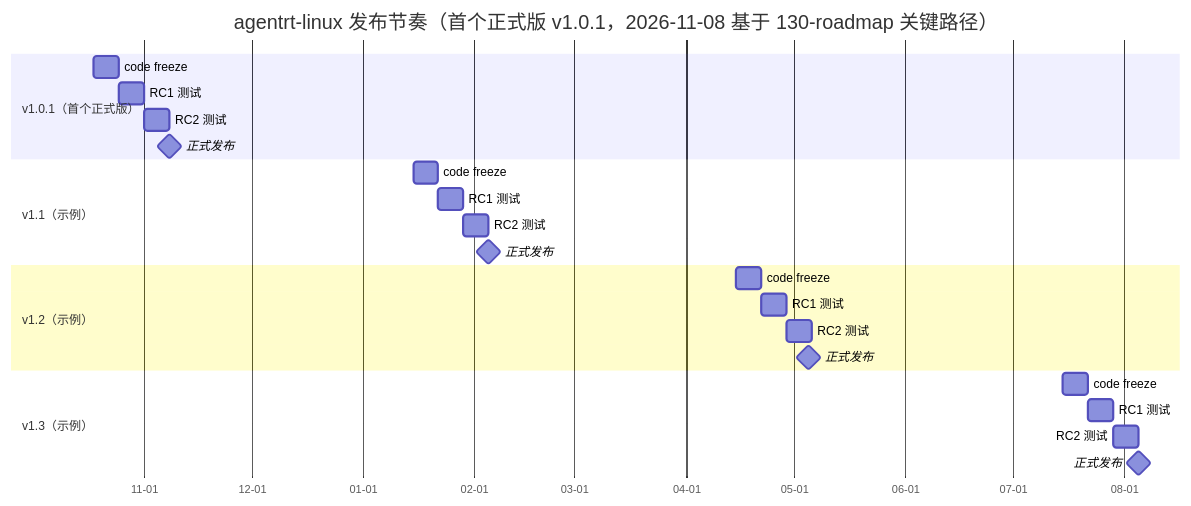
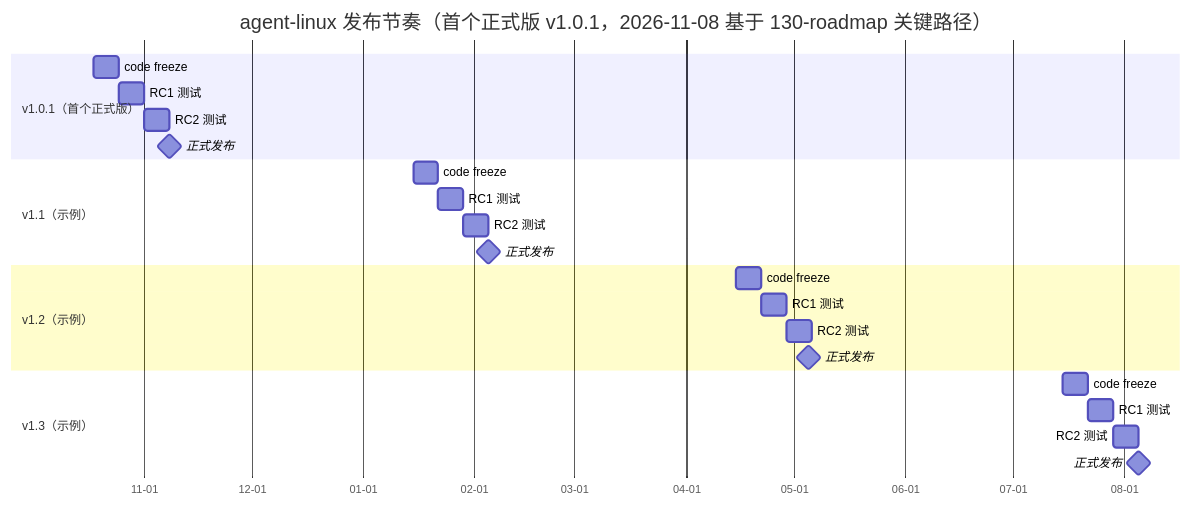
The first of 3 diagrams in 120-development-process/05-stable-releases.md (openairymax/docs-linux), drawn with Mermaid before and after one commit. The commit also changed other lines of this file and 172 other files, not shown here.

Commit message:
docs: rename agentrt-linux to agent-linux across docs v0.1.3 双工程结构：agentrt-linux 改名 agent-linux。docs 全仓 186 个 文件中的 agentrt-linux 引用统一为 agent-linux（AirymaxOS 工程名/ URL/路径引用；commit hash 与历史不变）。

````diff
--- a/120-development-process/05-stable-releases.md
+++ b/120-development-process/05-stable-releases.md
@@ -48,26 +48,26 @@
 ```mermaid
 gantt
-    title agentrt-linux 发布节奏（首个正式版 v1.0.1，2026-11-08 基于 130-roadmap 关键路径）
+    title agent-linux 发布节奏（首个正式版 v1.0.1，2026-11-08 基于 130-roadmap 关键路径）
     dateFormat YYYY-MM-DD
     axisFormat %m-%d
     section v1.0.1（首个正式版）
     code freeze       :2026-10-18, 7d
     RC1 测试          :2026-10-25, 7d
     RC2 测试          :2026-11-01, 7d
     正式发布          :milestone, 2026-11-08, 0d
     section v1.1（示例）
     code freeze       :2027-01-15, 7d
     RC1 测试          :2027-01-22, 7d
     RC2 测试          :2027-01-29, 7d
     正式发布          :milestone, 2027-02-05, 0d
     section v1.2（示例）
     code freeze       :2027-04-15, 7d
     RC1 测试          :2027-04-22, 7d
     RC2 测试          :2027-04-29, 7d
     正式发布          :milestone, 2027-05-05, 0d
     section v1.3（示例）
     code freeze       :2027-07-15, 7d
     RC1 测试          :2027-07-22, 7d
     RC2 测试          :2027-07-29, 7d
     正式发布          :milestone, 2027-08-05, 0d
 ```
````
